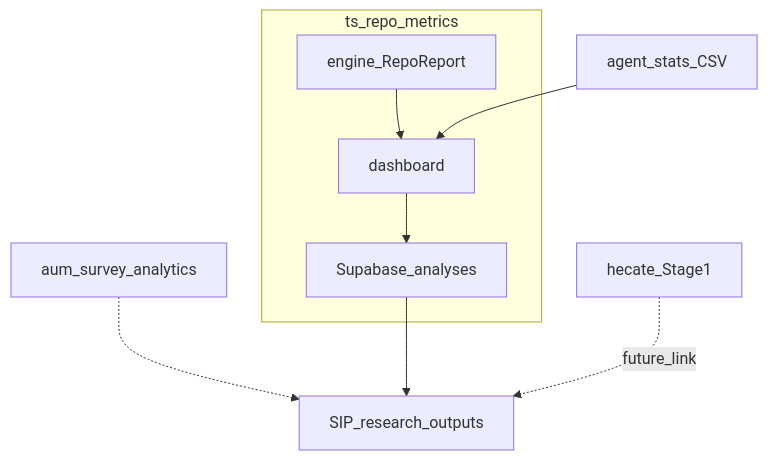
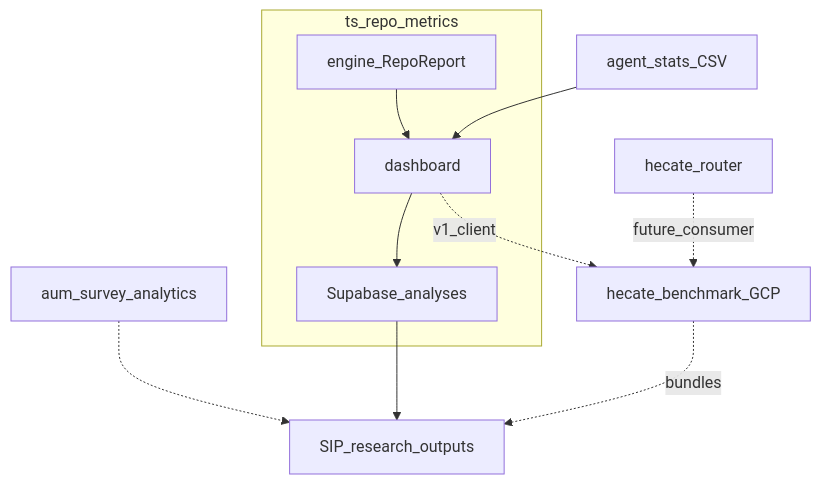
Before and after one commit to luna-777/ts-repo-metrics: the diagram in docs/HANDOFF.md, drawn with Mermaid. The commit also changed other lines of this file and 53 other files, not shown here.

````diff
--- a/docs/HANDOFF.md
+++ b/docs/HANDOFF.md
@@ -26,13 +27,15 @@
 ```mermaid
 flowchart TB
   subgraph metrics [ts_repo_metrics]
     EngineNode[engine_RepoReport]
     DashNode[dashboard]
     EngineNode --> DashNode
     DashNode --> Supa[Supabase_analyses]
   end
   AgentStats[agent_stats_CSV] --> DashNode
   Survey[aum_survey_analytics] -.-> Research[SIP_research_outputs]
   Supa --> Research
-  Hecate[hecate_Stage1] -.->|future_link| Research
+  Bench[hecate_benchmark_GCP] -.->|bundles| Research
+  DashNode -.->|v1_client| Bench
+  Hecate[hecate_router] -.->|future_consumer| Bench
 ```
````
